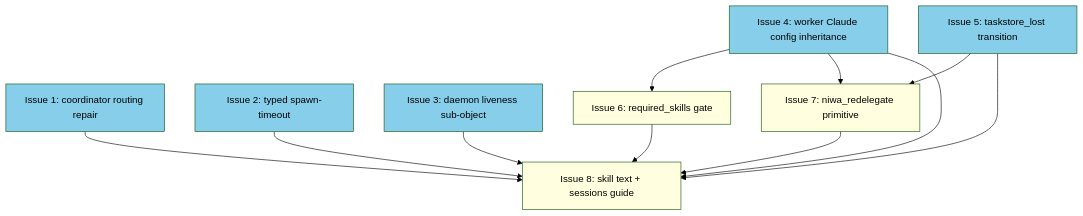
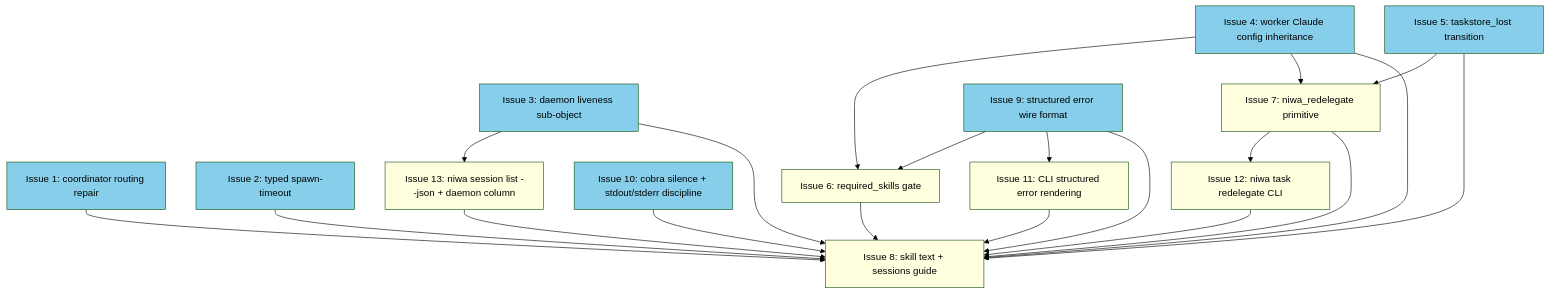
The diagram in docs/plans/PLAN-niwa-mesh-reliability.md (tsukumogami/niwa), drawn with Mermaid (forest theme) before and after one commit. The commit also changed other lines of this file and 6 other files, not shown here.

````diff
--- a/docs/plans/PLAN-niwa-mesh-reliability.md
+++ b/docs/plans/PLAN-niwa-mesh-reliability.md
@@ -292,35 +456,49 @@
 ```mermaid
 graph TD
     I1["Issue 1: coordinator routing repair"]
     I2["Issue 2: typed spawn-timeout"]
     I3["Issue 3: daemon liveness sub-object"]
     I4["Issue 4: worker Claude config inheritance"]
     I5["Issue 5: taskstore_lost transition"]
     I6["Issue 6: required_skills gate"]
     I7["Issue 7: niwa_redelegate primitive"]
     I8["Issue 8: skill text + sessions guide"]
+    I9["Issue 9: structured error wire format"]
+    I10["Issue 10: cobra silence + stdout/stderr discipline"]
+    I11["Issue 11: CLI structured error rendering"]
+    I12["Issue 12: niwa task redelegate CLI"]
+    I13["Issue 13: niwa session list --json + daemon column"]
 
     I4 --> I6
+    I9 --> I6
     I4 --> I7
     I5 --> I7
+    I9 --> I11
+    I7 --> I12
+    I3 --> I13
     I1 --> I8
     I2 --> I8
     I3 --> I8
     I4 --> I8
     I5 --> I8
     I6 --> I8
     I7 --> I8
+    I9 --> I8
+    I10 --> I8
+    I11 --> I8
+    I12 --> I8
+    I13 --> I8
 
     classDef done fill:#90EE90
     classDef ready fill:#87CEEB
     classDef blocked fill:#FFFFE0
     classDef needsDesign fill:#DDA0DD
     classDef needsPrd fill:#FFD700
     classDef needsSpike fill:#FFA07A
     classDef needsDecision fill:#F0E68C
     classDef tracksDesign fill:#E6E6FA
     classDef tracksPlan fill:#F5DEB3
 
-    class I1,I2,I3,I4,I5 ready
-    class I6,I7,I8 blocked
+    class I1,I2,I3,I4,I5,I9,I10 ready
+    class I6,I7,I8,I11,I12,I13 blocked
 ```
````
